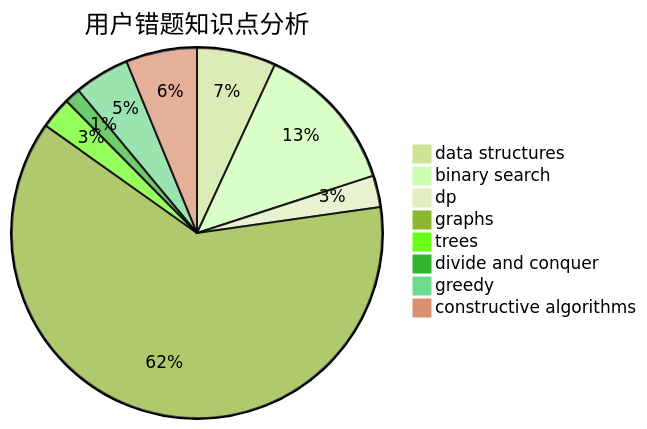
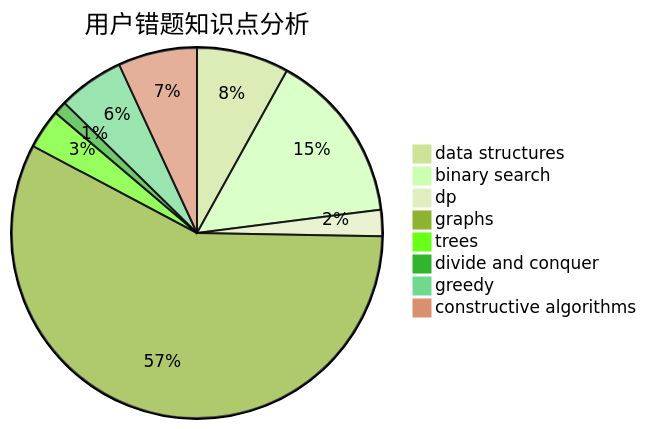
Before and after one commit to sherpahu/cfrs.github.io: the third of 3 diagrams in docs/user/u1328.md, drawn with Mermaid (forest theme). The commit also changed other lines of this file and 2770 other files, not shown here.

````diff
--- a/docs/user/u1328.md
+++ b/docs/user/u1328.md
@@ -36,11 +36,11 @@
 ```mermaid
 pie title 用户错题知识点分析
-    "data structures" :  10
-    "binary search" :  19
+    "data structures" :  14
+    "binary search" :  26
     "dp" :  4
-    "graphs" :  90
-    "trees" :  4
+    "graphs" :  100
+    "trees" :  6
     "divide and conquer" :  2
-    "greedy" :  7
-    "constructive algorithms" :  9
+    "greedy" :  10
+    "constructive algorithms" :  12
 ```
````
